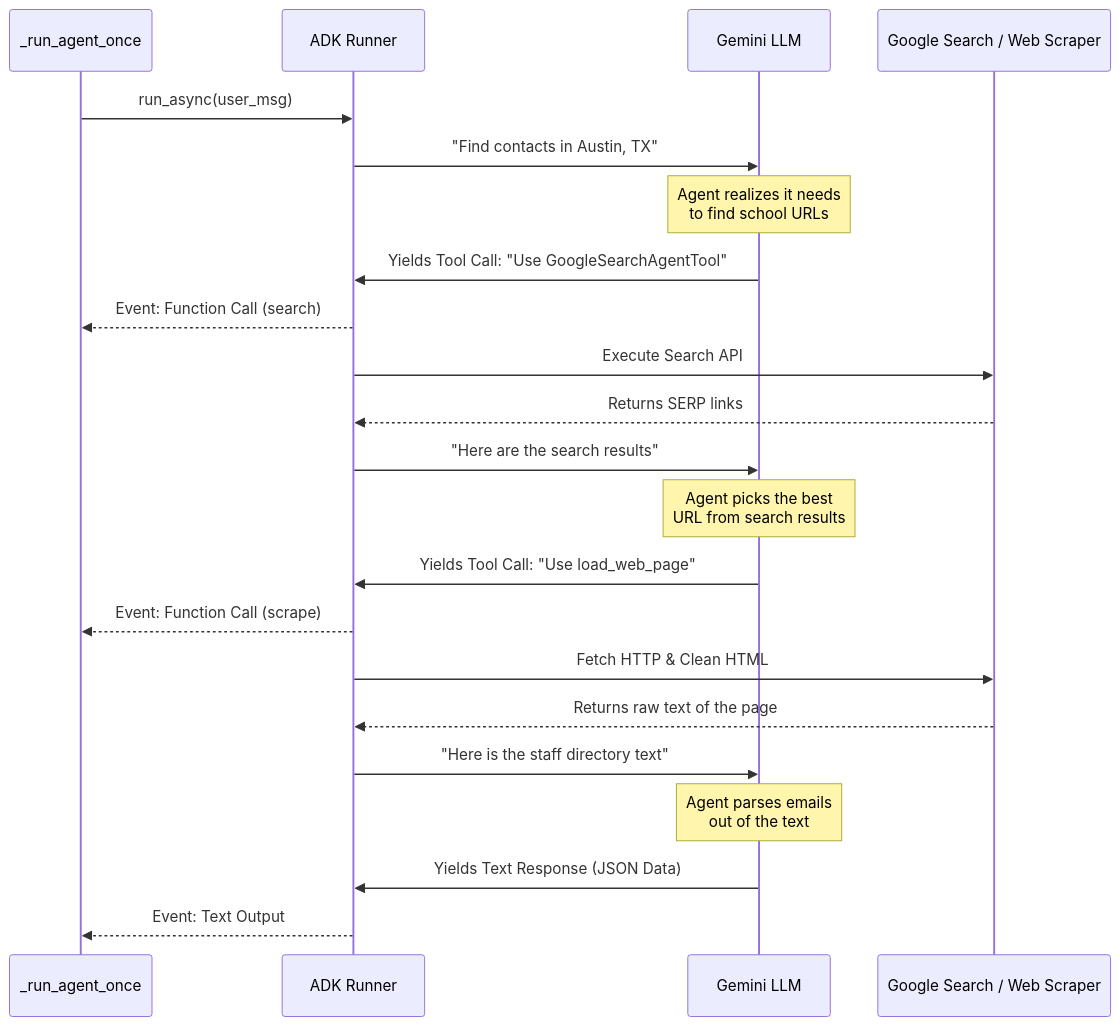
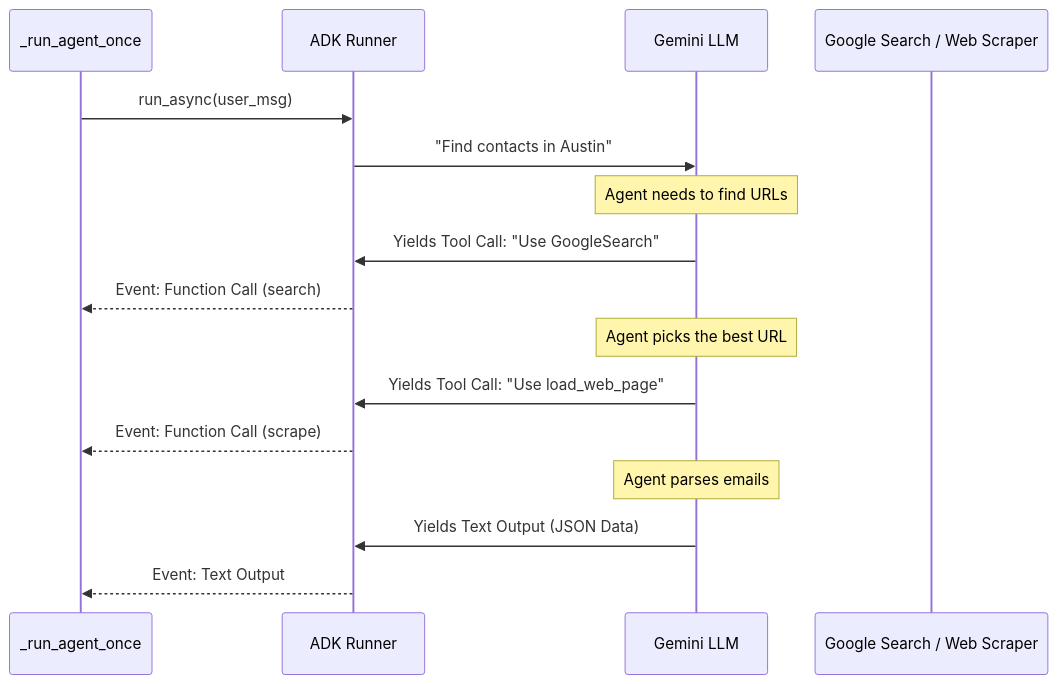
One commit to srtux/outreach changed the diagram in docs/03_code_walkthrough.md. Above: the diagram before and after it, drawn with Mermaid. The commit also changed other lines of this file and 10 other files, not shown here.

````diff
--- a/docs/03_code_walkthrough.md
+++ b/docs/03_code_walkthrough.md
@@ -19,28 +27,22 @@
 ```mermaid
 sequenceDiagram
     participant Code as _run_agent_once
     participant Runner as ADK Runner
     participant Agent as Gemini LLM
     participant Tools as Google Search / Web Scraper
     
     Code->>Runner: run_async(user_msg)
-    Runner->>Agent: "Find contacts in Austin, TX"
+    Runner->>Agent: "Find contacts in Austin"
     
-    note over Agent: Agent realizes it needs<br/>to find school URLs
-    Agent->>Runner: Yields Tool Call: "Use GoogleSearchAgentTool"
+    note over Agent: Agent needs to find URLs
+    Agent->>Runner: Yields Tool Call: "Use GoogleSearch"
     Runner-->>Code: Event: Function Call (search)
-    Runner->>Tools: Execute Search API
-    Tools-->>Runner: Returns SERP links
-    Runner->>Agent: "Here are the search results"
     
-    note over Agent: Agent picks the best<br/>URL from search results
+    note over Agent: Agent picks the best URL
     Agent->>Runner: Yields Tool Call: "Use load_web_page"
     Runner-->>Code: Event: Function Call (scrape)
-    Runner->>Tools: Fetch HTTP & Clean HTML
-    Tools-->>Runner: Returns raw text of the page
-    Runner->>Agent: "Here is the staff directory text"
     
-    note over Agent: Agent parses emails<br/>out of the text
-    Agent->>Runner: Yields Text Response (JSON Data)
+    note over Agent: Agent parses emails
+    Agent->>Runner: Yields Text Output (JSON Data)
     Runner-->>Code: Event: Text Output
 ```
````
